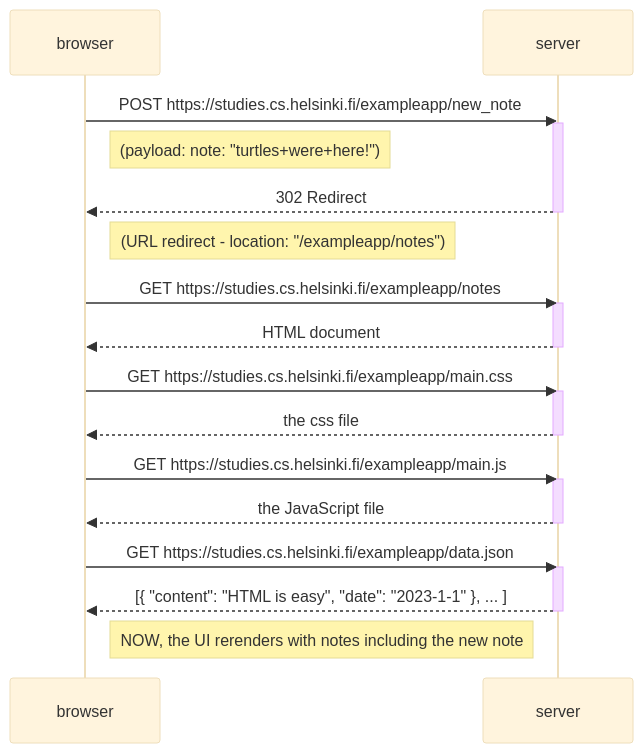
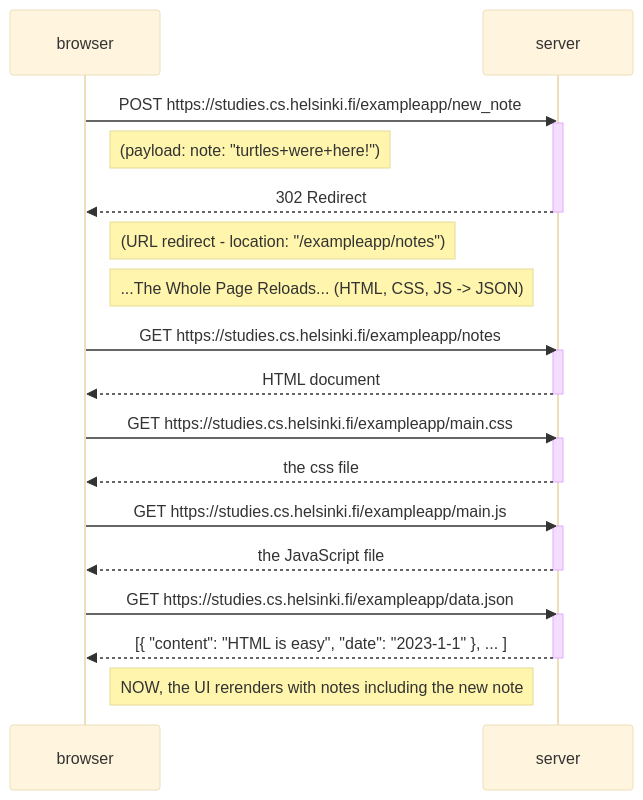
The diagram in part0/0.4-New-note-diagram.md (joFolta/full-stack-open), drawn with Mermaid (base theme) before and after one commit.

Commit message:
0.4: New note diagram

````diff
--- a/part0/0.4-New-note-diagram.md
+++ b/part0/0.4-New-note-diagram.md
@@ -1,33 +1,34 @@
 ```mermaid
 sequenceDiagram
     participant browser
     participant server
 
     browser->>server: POST https://studies.cs.helsinki.fi/exampleapp/new_note
     activate server
     Note right of browser: (payload: note: "turtles+were+here!")
     server-->>browser: 302 Redirect
     deactivate server
     Note right of browser: (URL redirect - location: "/exampleapp/notes")
+    Note right of browser: ...The Whole Page Reloads... (HTML, CSS, JS -> JSON)
 
     browser->>server: GET https://studies.cs.helsinki.fi/exampleapp/notes
     activate server
     server-->>browser: HTML document
     deactivate server
 
     browser->>server: GET https://studies.cs.helsinki.fi/exampleapp/main.css
     activate server
     server-->>browser: the css file
     deactivate server
 
     browser->>server: GET https://studies.cs.helsinki.fi/exampleapp/main.js
     activate server
     server-->>browser: the JavaScript file
     deactivate server
 
     browser->>server: GET https://studies.cs.helsinki.fi/exampleapp/data.json
     activate server
     server-->>browser: [{ "content": "HTML is easy", "date": "2023-1-1" }, ... ]
     deactivate server
     Note right of browser: NOW, the UI rerenders with notes including the new note
 ```
````
